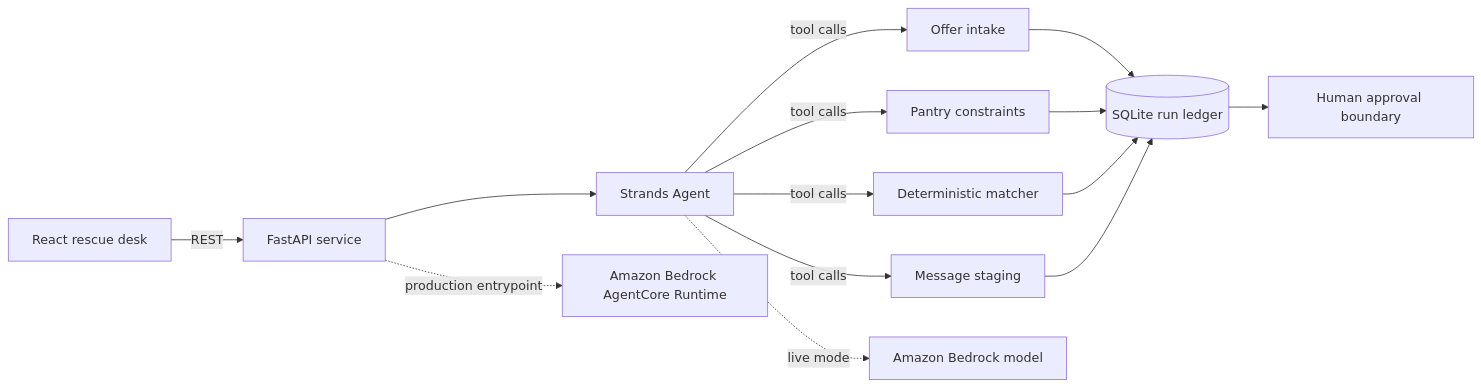
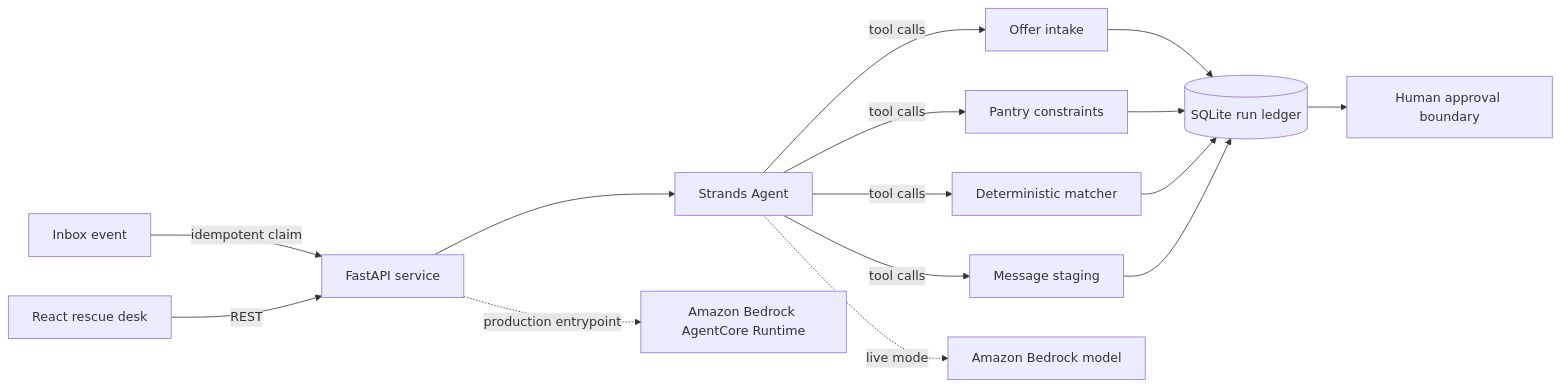
One commit to tarang-tj/rescue-relay changed the diagram in README.md. Above: the diagram before and after it, drawn with Mermaid. The commit also changed other lines of this file and 21 other files, not shown here.

Commit message:
Add idempotent event-driven agent intake

````diff
--- a/README.md
+++ b/README.md
@@ -40,16 +43,17 @@
 ```mermaid
 flowchart LR
+    EVENT[Inbox event] -->|idempotent claim| API[FastAPI service]
     UI[React rescue desk] -->|REST| API[FastAPI service]
     API --> ORCH[Strands Agent]
     ORCH -->|tool calls| INBOX[Offer intake]
     ORCH -->|tool calls| RULES[Pantry constraints]
     ORCH -->|tool calls| MATCH[Deterministic matcher]
     ORCH -->|tool calls| STAGE[Message staging]
     INBOX --> DB[(SQLite run ledger)]
     RULES --> DB
     MATCH --> DB
     STAGE --> DB
     DB --> APPROVAL[Human approval boundary]
     API -. production entrypoint .-> CORE[Amazon Bedrock AgentCore Runtime]
     ORCH -. live mode .-> BEDROCK[Amazon Bedrock model]
 ```
````
